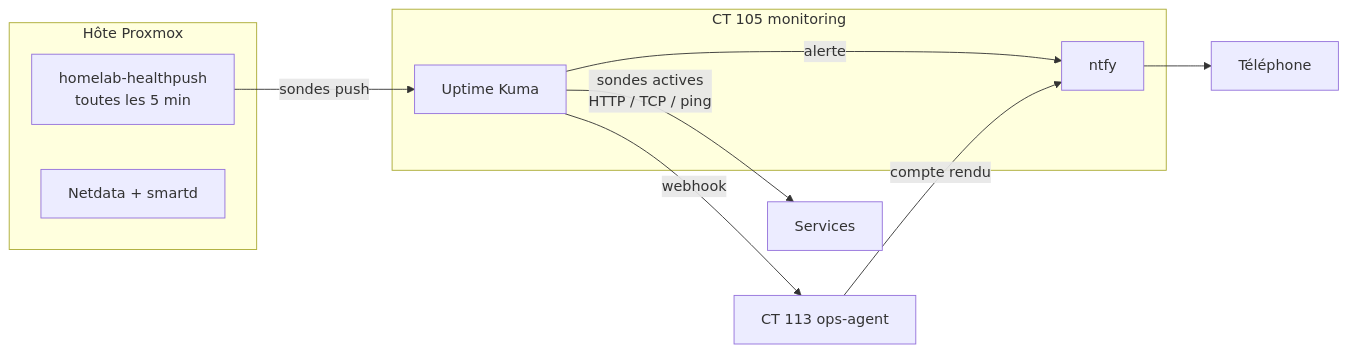
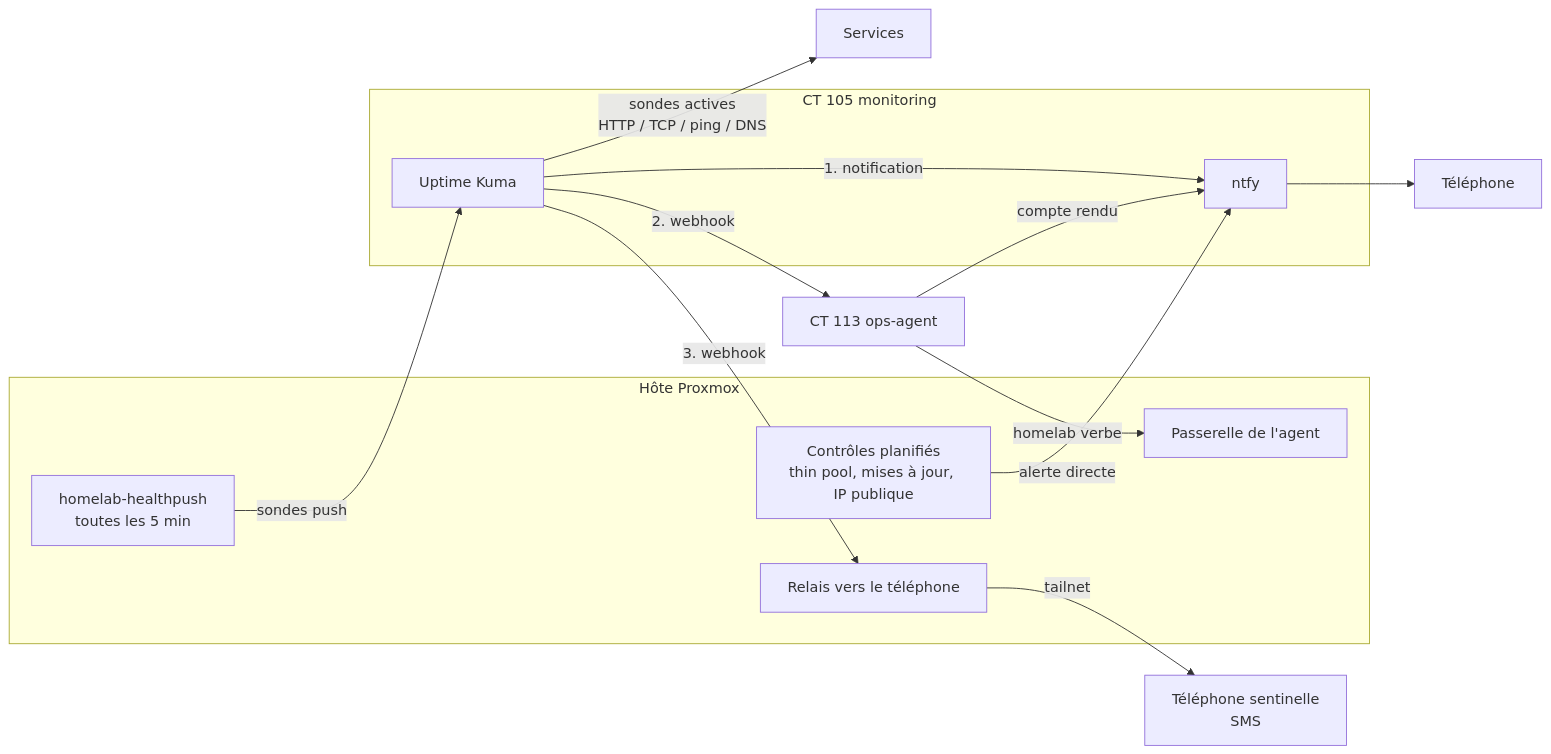
One commit to SonOfMaaJo/homelab changed the first of 2 diagrams in docs/supervision.md. Above: the diagram before and after it, drawn with Mermaid. The commit also changed other lines of this file and 6 other files, not shown here.

````diff
--- a/docs/supervision.md
+++ b/docs/supervision.md
@@ -5,17 +5,23 @@
 ```mermaid
 flowchart LR
     subgraph hote[Hôte Proxmox]
         hp[homelab-healthpush<br/>toutes les 5 min]
-        nd[Netdata + smartd]
+        cron[Contrôles planifiés<br/>thin pool, mises à jour, IP publique]
+        relais[Relais vers le téléphone]
+        gate[Passerelle de l'agent]
     end
     subgraph ct105[CT 105 monitoring]
         kuma[Uptime Kuma]
         ntfy[ntfy]
     end
-    kuma -->|sondes actives<br/>HTTP / TCP / ping| svc[Services]
+    kuma -->|sondes actives<br/>HTTP / TCP / ping / DNS| svc[Services]
     hp -->|sondes push| kuma
-    kuma -->|alerte| ntfy
+    kuma -->|1. notification| ntfy
+    kuma -->|2. webhook| agent[CT 113 ops-agent]
+    kuma -->|3. webhook| relais
+    relais -->|tailnet| sms[Téléphone sentinelle<br/>SMS]
+    agent -->|homelab verbe| gate
+    agent -->|compte rendu| ntfy
+    cron -->|alerte directe| ntfy
     ntfy --> tel[Téléphone]
-    kuma -->|webhook| agent[CT 113 ops-agent]
-    agent -->|compte rendu| ntfy
 ```
````
